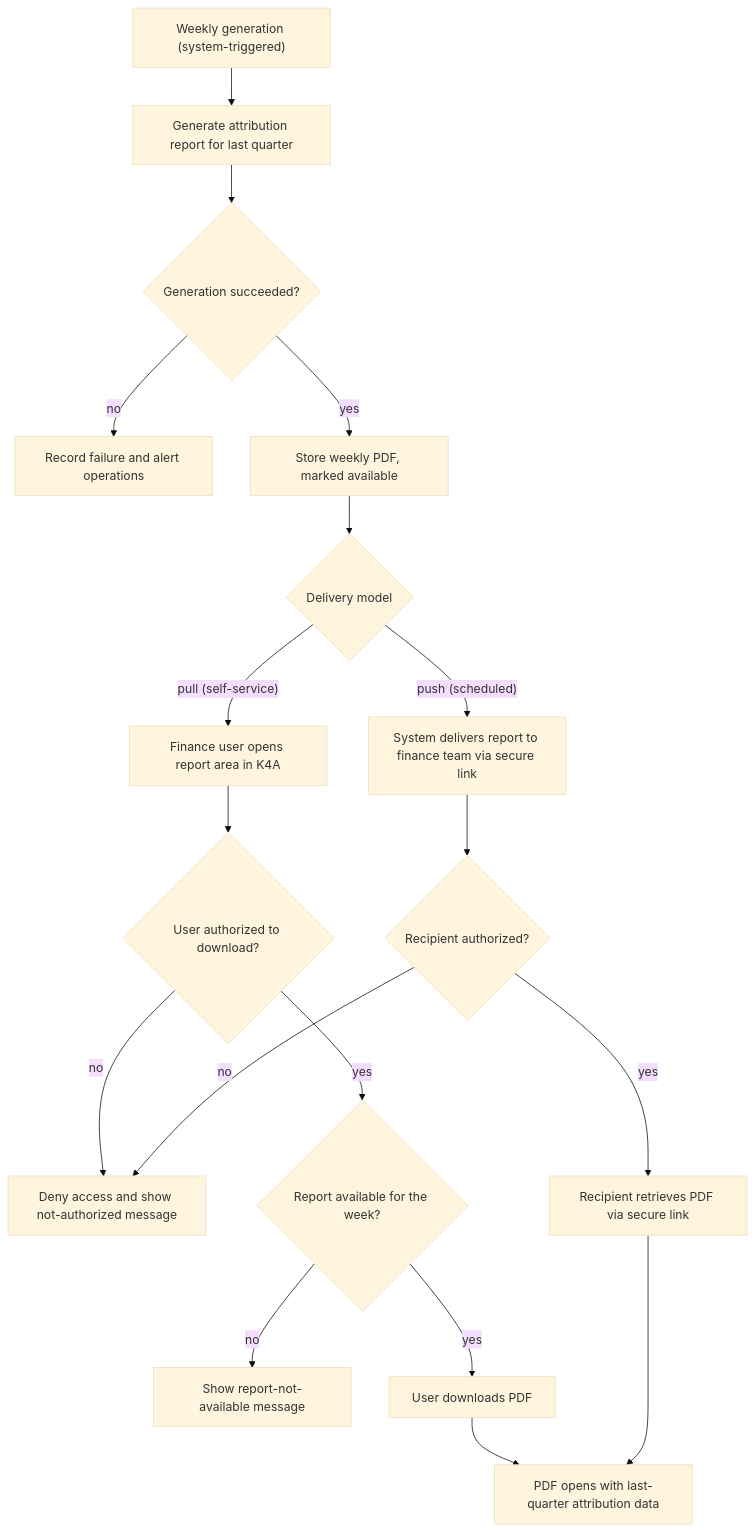
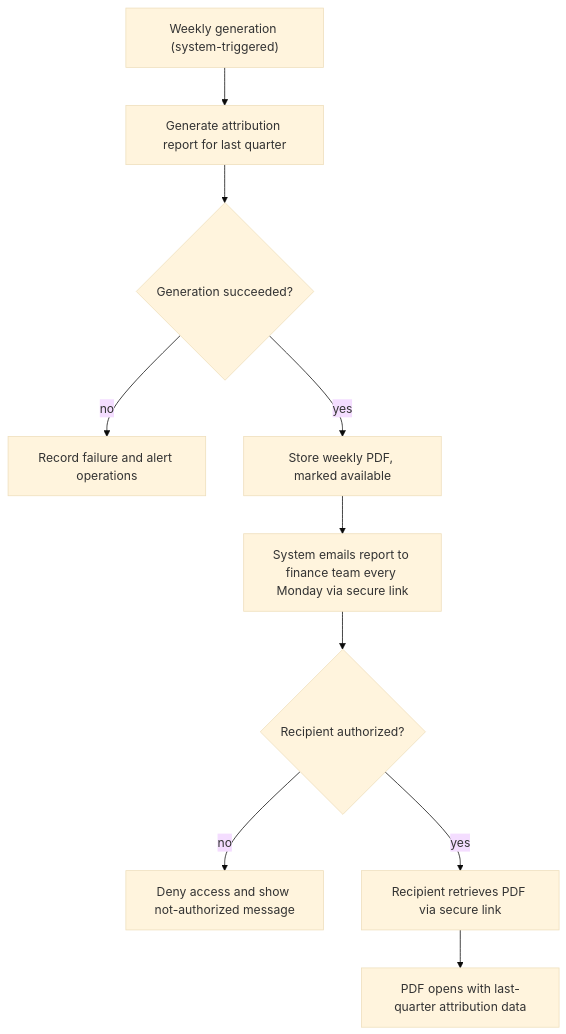
The diagram in docs/16-PRDs/075-k4a-add-weekly-attribution-report-pdf-download/product-spec.md (mayank-kochava/aisdlc-docs-sandbox), drawn with Mermaid (base theme) before and after one commit. The commit also changed other lines of this file and 2 other files, not shown here.

````diff
--- a/docs/16-PRDs/075-k4a-add-weekly-attribution-report-pdf-download/product-spec.md
+++ b/docs/16-PRDs/075-k4a-add-weekly-attribution-report-pdf-download/product-spec.md
@@ -40,23 +40,14 @@
 ```mermaid
 flowchart TD
     A["Weekly generation (system-triggered)"] --> B["Generate attribution report for last quarter"]
     B --> C{"Generation succeeded?"}
     C -->|"no"| D["Record failure and alert operations"]
     C -->|"yes"| E["Store weekly PDF, marked available"]
 
-    E --> F{"Delivery model"}
-    F -->|"pull (self-service)"| G["Finance user opens report area in K4A"]
-    F -->|"push (scheduled)"| H["System delivers report to finance team via secure link"]
-
-    G --> I{"User authorized to download?"}
-    I -->|"no"| J["Deny access and show not-authorized message"]
-    I -->|"yes"| K{"Report available for the week?"}
-    K -->|"no"| L["Show report-not-available message"]
-    K -->|"yes"| M["User downloads PDF"]
-    M --> N["PDF opens with last-quarter attribution data"]
+    E --> H["System emails report to finance team every Monday via secure link"]
 
     H --> O{"Recipient authorized?"}
-    O -->|"no"| J
+    O -->|"no"| J["Deny access and show not-authorized message"]
     O -->|"yes"| P["Recipient retrieves PDF via secure link"]
-    P --> N
+    P --> N["PDF opens with last-quarter attribution data"]
 ```
````
